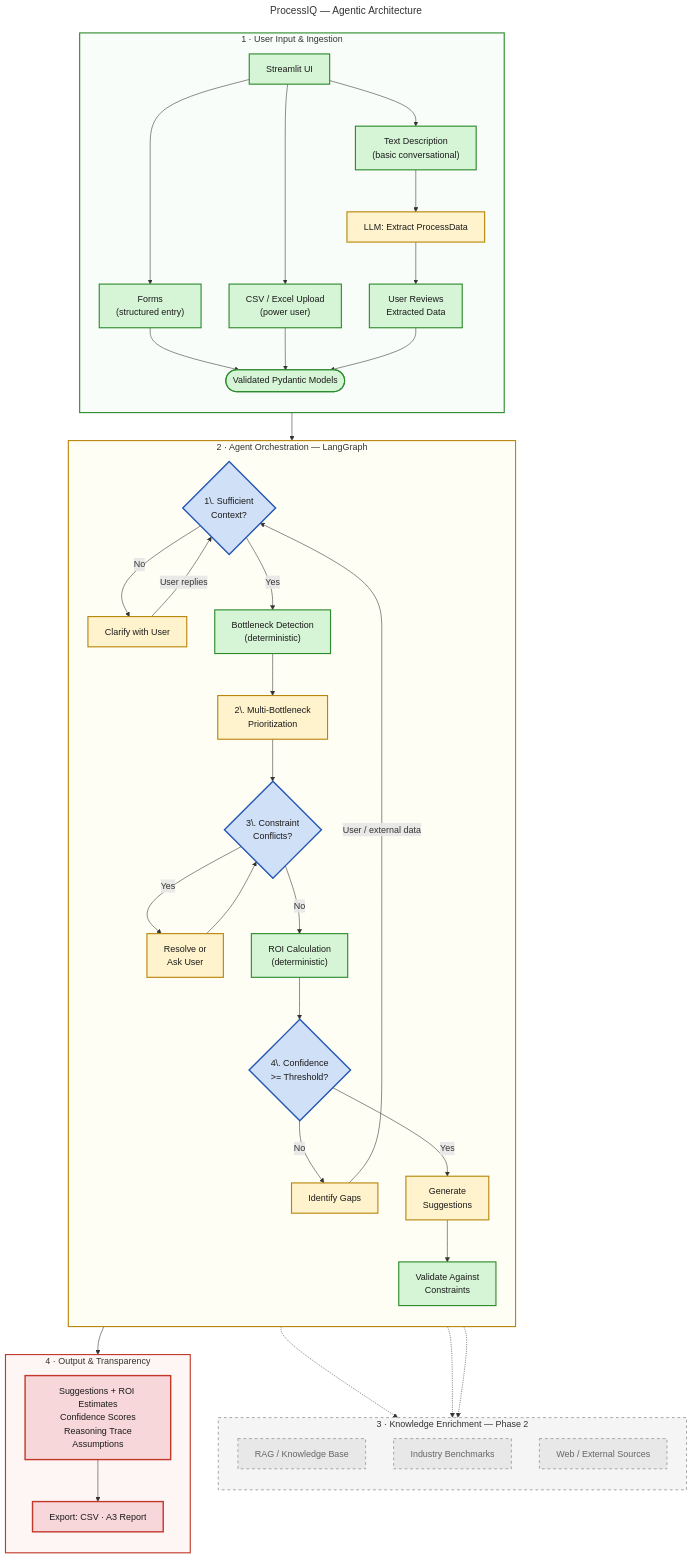
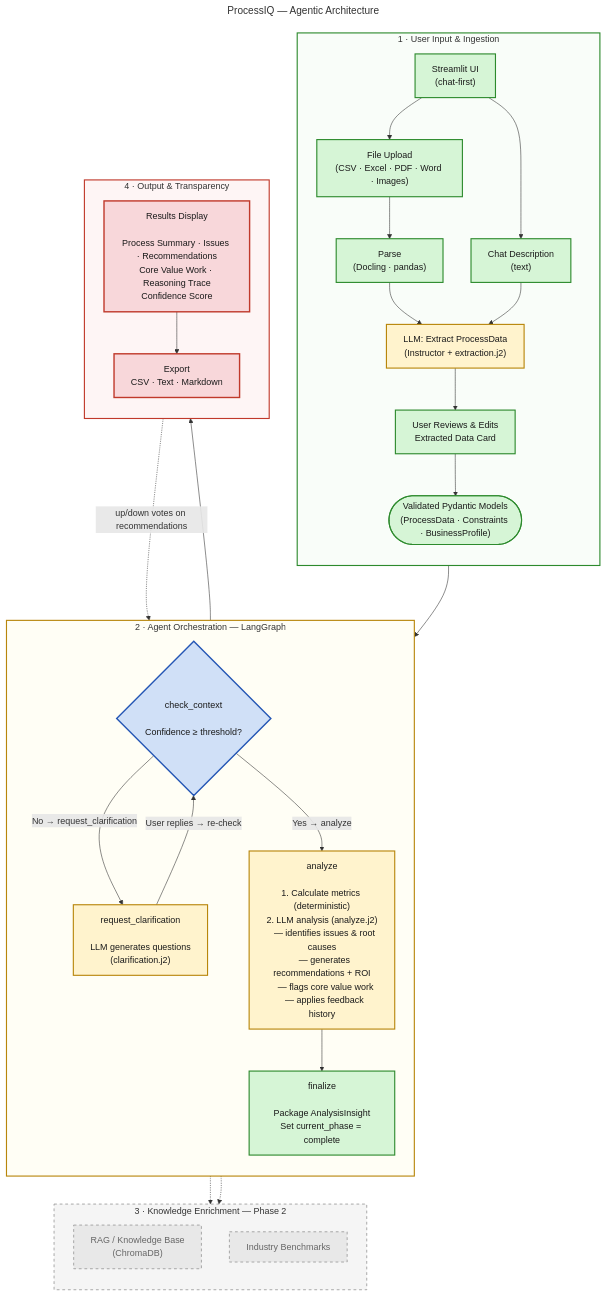
One commit to SkybrushThriftwood/processIQ changed the diagram in docs/architecture_diagram.mmd. Above: the diagram before and after it, drawn with Mermaid. The commit also changed 7 other files, not shown here.

Commit message:
added license, contributing and roadmap for future goals

```diff
--- a/docs/architecture_diagram.mmd
+++ b/docs/architecture_diagram.mmd
@@ -1,87 +1,74 @@
 ---
 title: ProcessIQ — Agentic Architecture
 ---
 flowchart TD
     %% Styling
     classDef deterministic fill:#d6f5d6,stroke:#2d8a2d,stroke-width:2px,color:#1a1a1a
     classDef agentic fill:#fff3cd,stroke:#b8860b,stroke-width:2px,color:#1a1a1a
     classDef decision fill:#d0e0f7,stroke:#2456b5,stroke-width:2.5px,color:#1a1a1a
     classDef output fill:#f8d7da,stroke:#c0392b,stroke-width:2.5px,color:#1a1a1a
     classDef phase2 fill:#e8e8e8,stroke:#999,stroke-width:1.5px,stroke-dasharray:5 5,color:#666
 
     %% ── 1. INPUT & INGESTION ──
     subgraph Ingestion ["1 · User Input & Ingestion"]
         direction TB
-        UI["Streamlit UI"]:::deterministic
-        FORMS["Forms<br>(structured entry)"]:::deterministic
-        FILES["CSV / Excel Upload<br>(power user)"]:::deterministic
-        CHAT["Text Description<br>(basic conversational)"]:::deterministic
+        UI["Streamlit UI<br>(chat-first)"]:::deterministic
+        FILES["File Upload<br>(CSV · Excel · PDF · Word · Images)"]:::deterministic
+        CHAT["Chat Description<br>(text)"]:::deterministic
 
-        UI --> FORMS
         UI --> FILES
         UI --> CHAT
 
-        FORMS --> VALID
-        FILES --> VALID
-        CHAT --> EXTRACT["LLM: Extract ProcessData"]:::agentic
-        EXTRACT --> REVIEW["User Reviews<br>Extracted Data"]:::deterministic
+        FILES --> PARSE["Parse<br>(Docling · pandas)"]:::deterministic
+        PARSE --> EXTRACT
+        CHAT --> EXTRACT["LLM: Extract ProcessData<br>(Instructor + extraction.j2)"]:::agentic
+        EXTRACT --> REVIEW["User Reviews &amp; Edits<br>Extracted Data Card"]:::deterministic
         REVIEW --> VALID
 
-        VALID(["Validated Pydantic Models"]):::deterministic
+        VALID(["Validated Pydantic Models<br>(ProcessData · Constraints · BusinessProfile)"]):::deterministic
     end
 
     %% ── 2. AGENT CORE (LANGGRAPH) ──
     subgraph Agent ["2 · Agent Orchestration — LangGraph"]
         direction TB
 
-        CTX{"1\. Sufficient<br>Context?"}:::decision
-        CTX -- "No" --> CLARIFY["Clarify with User"]:::agentic
-        CLARIFY -- "User replies" --> CTX
+        CTX{"check_context<br><br>Confidence ≥ threshold?"}:::decision
+        CTX -- "No → request_clarification" --> CLARIFY["request_clarification<br><br>LLM generates questions<br>(clarification.j2)"]:::agentic
+        CLARIFY -- "User replies → re-check" --> CTX
 
-        CTX -- "Yes" --> BOTTLENECK["Bottleneck Detection<br>(deterministic)"]:::deterministic
-        BOTTLENECK --> PRIORITY["2\. Multi-Bottleneck<br>Prioritization"]:::agentic
+        CTX -- "Yes → analyze" --> ANALYZE["analyze<br><br>1. Calculate metrics (deterministic)<br>2. LLM analysis (analyze.j2)<br>   — identifies issues &amp; root causes<br>   — generates recommendations + ROI<br>   — flags core value work<br>   — applies feedback history"]:::agentic
 
-        PRIORITY --> CONFLICT{"3\. Constraint<br>Conflicts?"}:::decision
-        CONFLICT -- "Yes" --> RESOLVE["Resolve or<br>Ask User"]:::agentic
-        RESOLVE --> CONFLICT
-
-        CONFLICT -- "No" --> ROI["ROI Calculation<br>(deterministic)"]:::deterministic
-
-        ROI --> CONF{"4\. Confidence<br>>= Threshold?"}:::decision
-        CONF -- "No" --> GAPS["Identify Gaps"]:::agentic
-        GAPS -- "User / external data" --> CTX
-
-        CONF -- "Yes" --> SUGGEST["Generate<br>Suggestions"]:::agentic
-        SUGGEST --> VALIDATE["Validate Against<br>Constraints"]:::deterministic
+        ANALYZE --> FINALIZE["finalize<br><br>Package AnalysisInsight<br>Set current_phase = complete"]:::deterministic
     end
 
     %% ── 3. KNOWLEDGE ENRICHMENT (Phase 2) ──
     subgraph Knowledge ["3 · Knowledge Enrichment — Phase 2"]
         direction TB
-        RAG["RAG / Knowledge Base"]:::phase2
+        RAG["RAG / Knowledge Base<br>(ChromaDB)"]:::phase2
         BENCH["Industry Benchmarks"]:::phase2
-        WEB["Web / External Sources"]:::phase2
     end
 
     %% ── 4. OUTPUT ──
     subgraph Output ["4 · Output & Transparency"]
         direction TB
-        RESULT["Suggestions + ROI Estimates<br>Confidence Scores<br>Reasoning Trace<br>Assumptions"]:::output
-        EXPORT["Export: CSV · A3 Report"]:::output
+        RESULT["Results Display<br><br>Process Summary · Issues · Recommendations<br>Core Value Work · Reasoning Trace<br>Confidence Score"]:::output
+        EXPORT["Export<br>CSV · Text · Markdown"]:::output
         RESULT --> EXPORT
     end
 
     %% ── Cross-subgraph connections ──
     VALID --> CTX
-    VALIDATE --> RESULT
+    FINALIZE --> RESULT
 
-    %% Knowledge feeds gap resolution (Phase 2)
-    GAPS -.-> RAG
-    GAPS -.-> BENCH
-    GAPS -.-> WEB
+    %% Feedback loop (session-scoped)
+    EXPORT -. "up/down votes on recommendations" .-> ANALYZE
+
+    %% Phase 2
+    CLARIFY -.-> RAG
+    CLARIFY -.-> BENCH
 
     %% ── Subgraph styling ──
     style Ingestion fill:#f9fdf9,stroke:#2d8a2d,stroke-width:2px
     style Agent fill:#fffef5,stroke:#b8860b,stroke-width:2px
     style Knowledge fill:#f5f5f5,stroke:#999,stroke-width:1.5px,stroke-dasharray:5 5
     style Output fill:#fef5f5,stroke:#c0392b,stroke-width:2px
```
